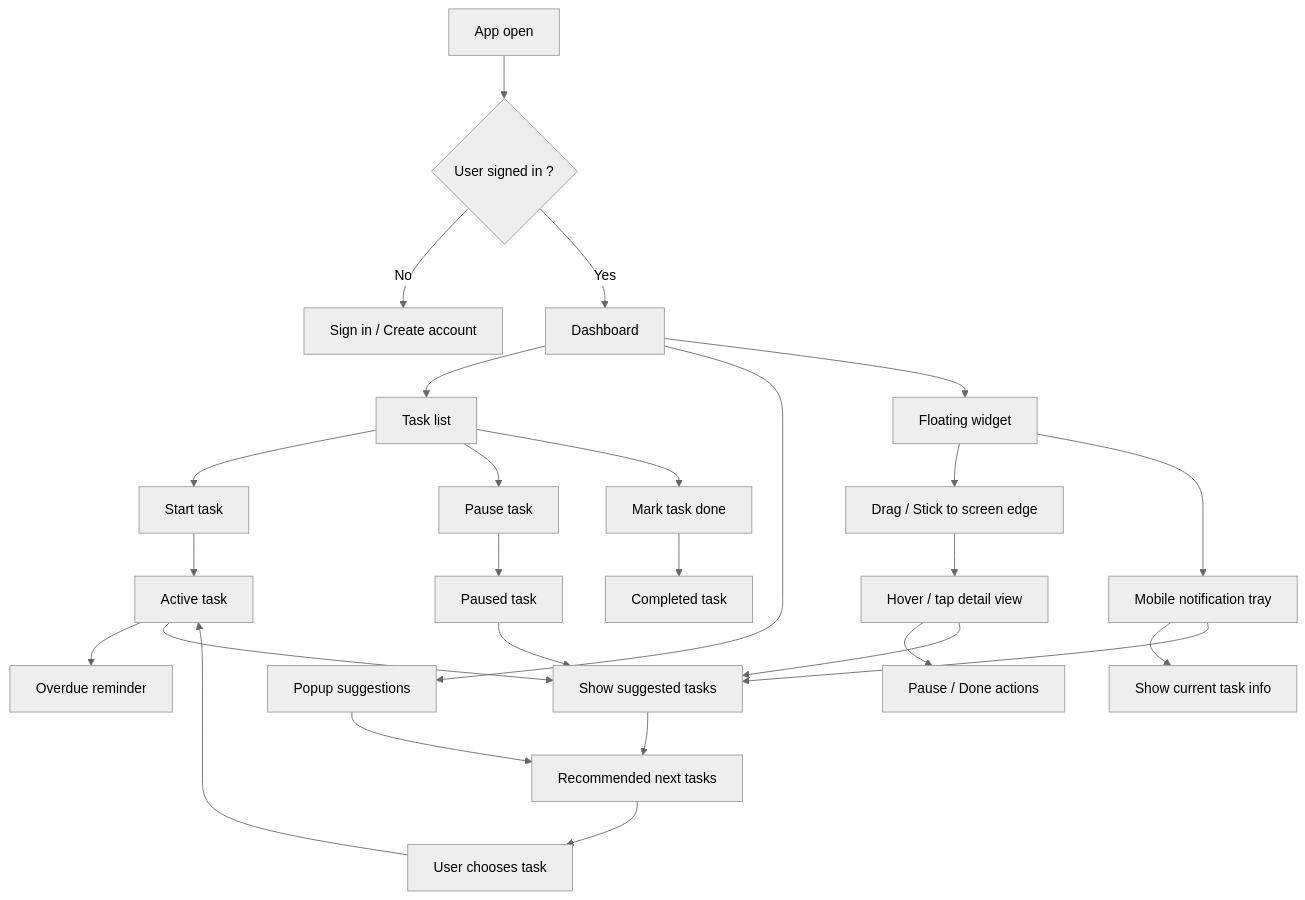
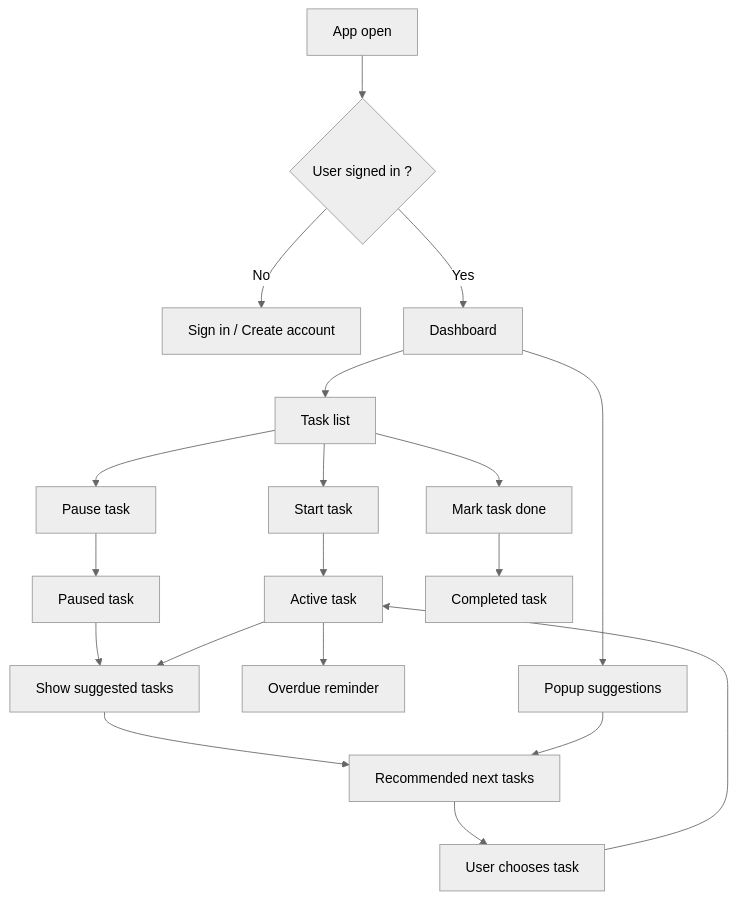
One commit to MaheryAndrih1/noProcrasti changed the diagram in design.md. Above: the diagram before and after it, drawn with Mermaid (neutral theme). The commit also changed 29 other files, not shown here.

````diff
--- a/design.md
+++ b/design.md
@@ -1,29 +1,21 @@
 ```mermaid
 flowchart TD
     A[App open] --> B{User signed in ?}
     B -- No --> C[Sign in / Create account]
     B -- Yes --> D[Dashboard]
     D --> E[Task list]
     E --> F[Start task]
     E --> G[Pause task]
     E --> H[Mark task done]
     F --> I[Active task]
     G --> J[Paused task]
     J --> K[Show suggested tasks]
     I --> L[Overdue reminder]
     I --> K
     K --> M[Recommended next tasks]
     M --> N[User chooses task]
     N --> I
     H --> O[Completed task]
     D --> P[Popup suggestions]
     P --> M
-    D --> Q[Floating widget]
-    Q --> R[Drag / Stick to screen edge]
-    R --> S[Hover / tap detail view]
-    S --> T[Pause / Done actions]
-    S --> K
-    Q --> U[Mobile notification tray]
-    U --> V[Show current task info]
-    U --> K
 ```
````
